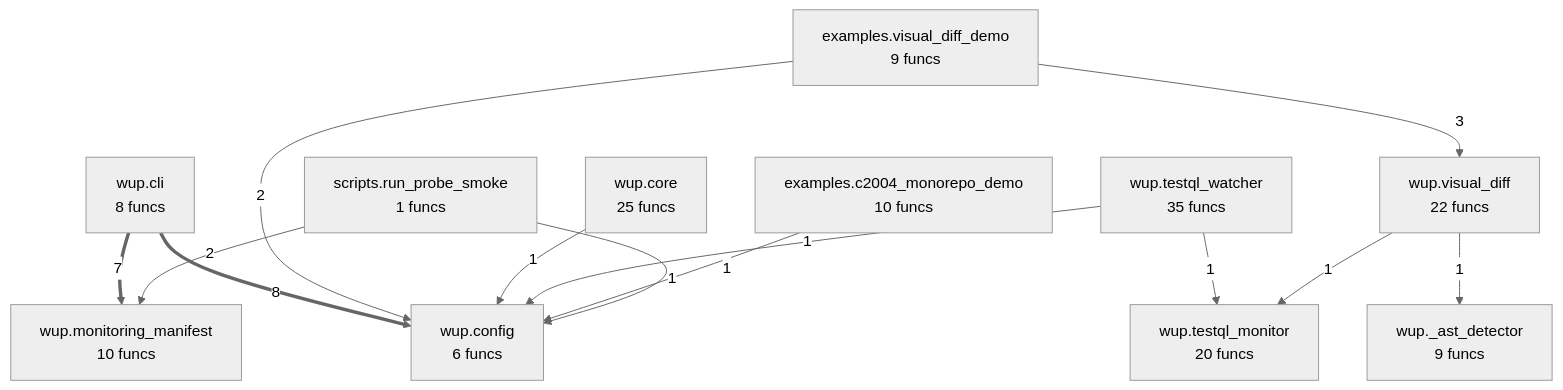
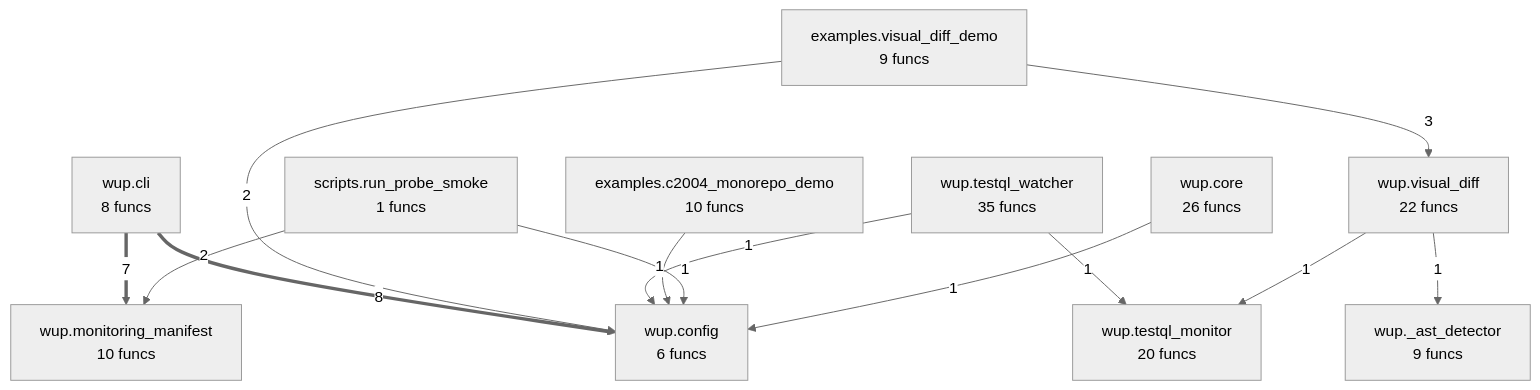
One commit to semcod/wup changed the diagram in project/compact_flow.mmd. Above: the diagram before and after it, drawn with Mermaid (neutral theme). The commit also changed 34 other files, not shown here.

```diff
--- a/project/compact_flow.mmd
+++ b/project/compact_flow.mmd
@@ -1,25 +1,25 @@
 flowchart TD
 %% generated in 0.01s
     examples__c2004_monorepo_demo["examples.c2004_monorepo_demo<br/>10 funcs"]
     examples__visual_diff_demo["examples.visual_diff_demo<br/>9 funcs"]
     scripts__run_probe_smoke["scripts.run_probe_smoke<br/>1 funcs"]
     wup___ast_detector["wup._ast_detector<br/>9 funcs"]
     wup__cli["wup.cli<br/>8 funcs"]
     wup__config["wup.config<br/>6 funcs"]
-    wup__core["wup.core<br/>25 funcs"]
+    wup__core["wup.core<br/>26 funcs"]
     wup__monitoring_manifest["wup.monitoring_manifest<br/>10 funcs"]
     wup__testql_monitor["wup.testql_monitor<br/>20 funcs"]
     wup__testql_watcher["wup.testql_watcher<br/>35 funcs"]
     wup__visual_diff["wup.visual_diff<br/>22 funcs"]
     wup__cli ==>|8| wup__config
     wup__cli ==>|7| wup__monitoring_manifest
     examples__visual_diff_demo -->|3| wup__visual_diff
     examples__visual_diff_demo -->|2| wup__config
     scripts__run_probe_smoke -->|2| wup__monitoring_manifest
-    wup__core -->|1| wup__config
     wup__testql_watcher -->|1| wup__config
     wup__testql_watcher -->|1| wup__testql_monitor
     wup__visual_diff -->|1| wup__testql_monitor
     wup__visual_diff -->|1| wup___ast_detector
     examples__c2004_monorepo_demo -->|1| wup__config
     scripts__run_probe_smoke -->|1| wup__config
+    wup__core -->|1| wup__config
```
